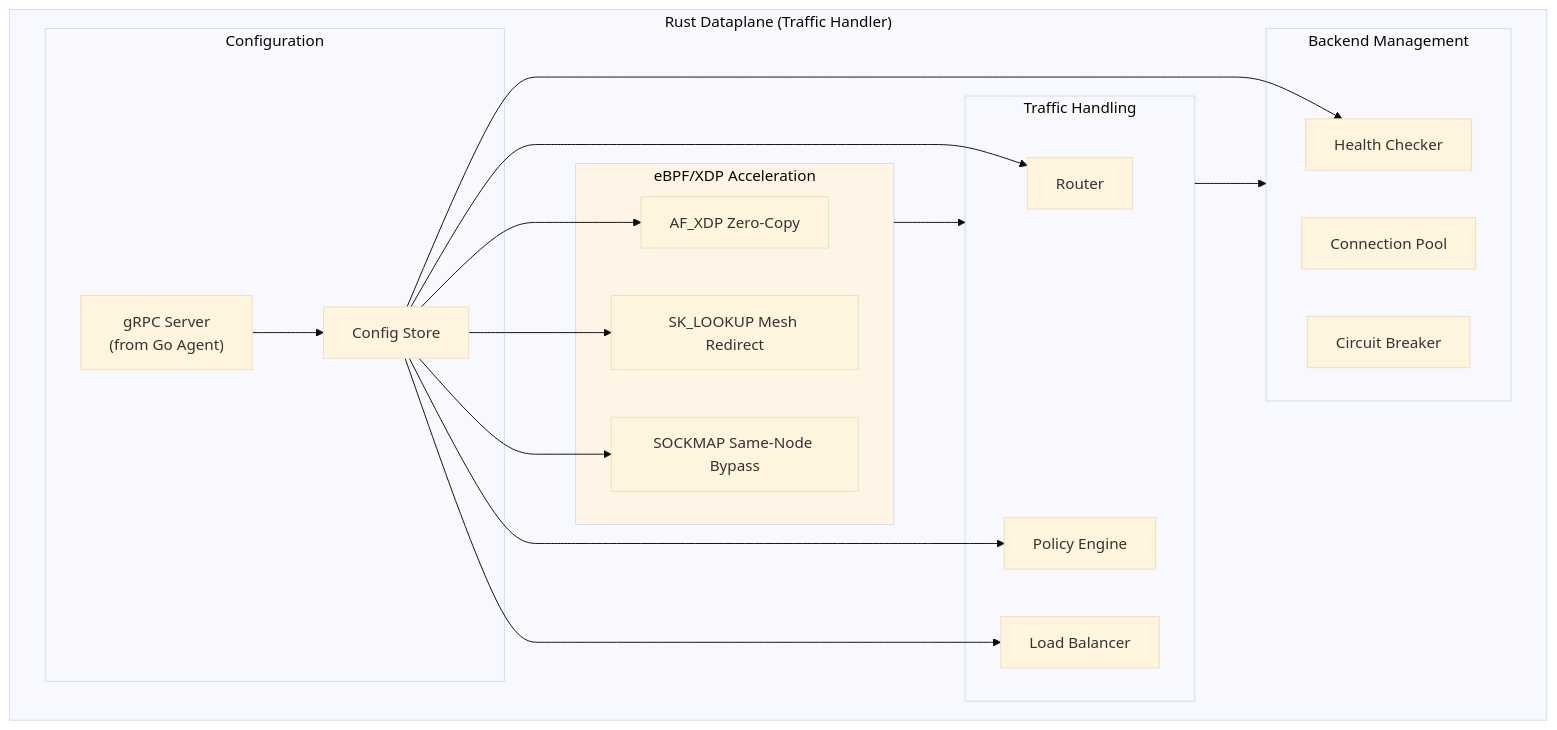
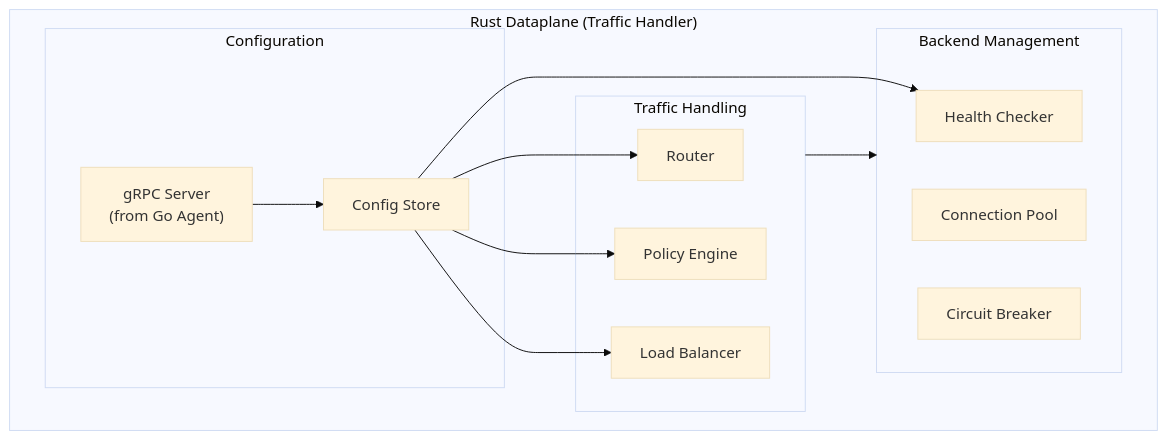
One commit to azrtydxb/novaedge changed the sixth of 16 diagrams in docs/architecture/components.md. Above: the diagram before and after it, drawn with Mermaid (base theme). The commit also changed other lines of this file and 8 other files, not shown here.

````diff
--- a/docs/architecture/components.md
+++ b/docs/architecture/components.md
@@ -227,35 +227,26 @@
 ```mermaid
 flowchart TB
     subgraph Dataplane["Rust Dataplane (Traffic Handler)"]
         subgraph ConfigRecv["Configuration"]
             GRPC_RECV["gRPC Server<br/>(from Go Agent)"]
             CFG["Config Store"]
-        end
-
-        subgraph eBPFAccel["eBPF/XDP Acceleration"]
-            AFXDP["AF_XDP Zero-Copy"]
-            SKLOOKUP["SK_LOOKUP Mesh Redirect"]
-            SOCKMAP["SOCKMAP Same-Node Bypass"]
         end
 
         subgraph Traffic["Traffic Handling"]
             RT["Router"]
             POL["Policy Engine"]
             LB["Load Balancer"]
         end
 
         subgraph Backend["Backend Management"]
             HC["Health Checker"]
             POOL["Connection Pool"]
             CB["Circuit Breaker"]
         end
     end
 
     GRPC_RECV --> CFG
-    CFG --> RT & POL & LB & HC & AFXDP & SKLOOKUP & SOCKMAP
+    CFG --> RT & POL & LB & HC
 
-    eBPFAccel --> Traffic
     Traffic --> Backend
-
-    style eBPFAccel fill:#fff4e6
 ```
````
